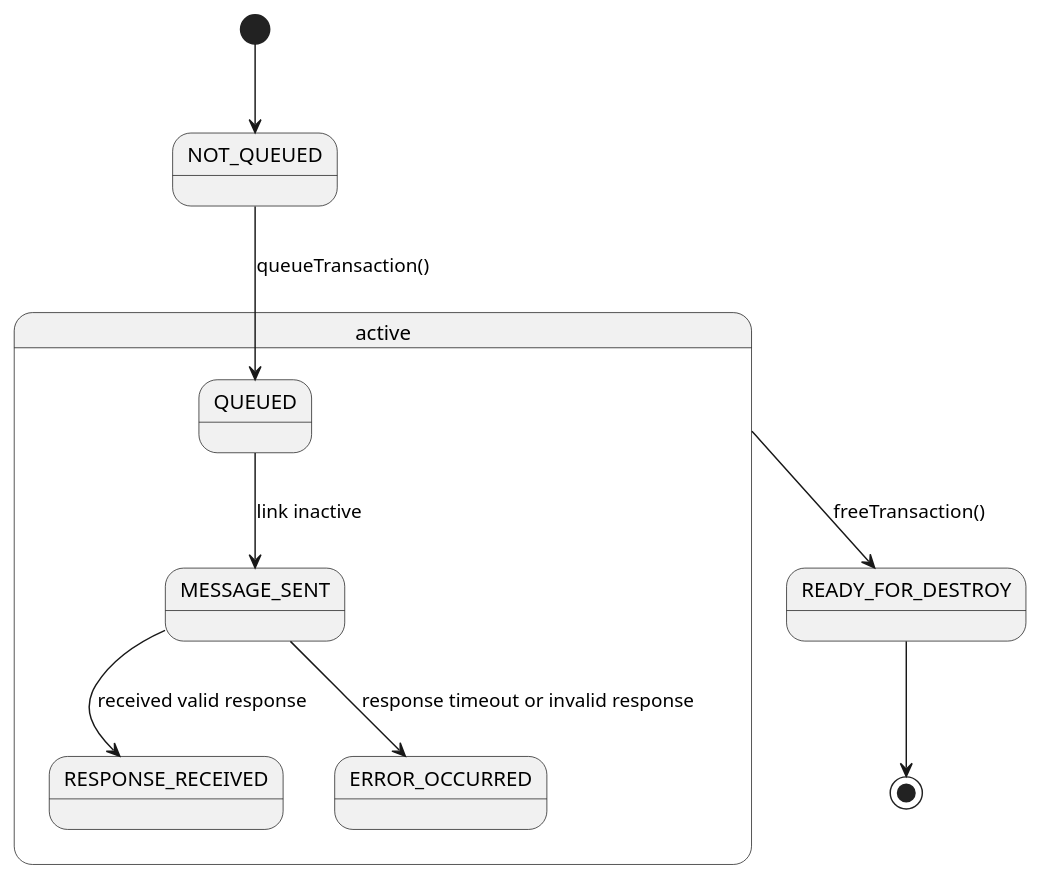
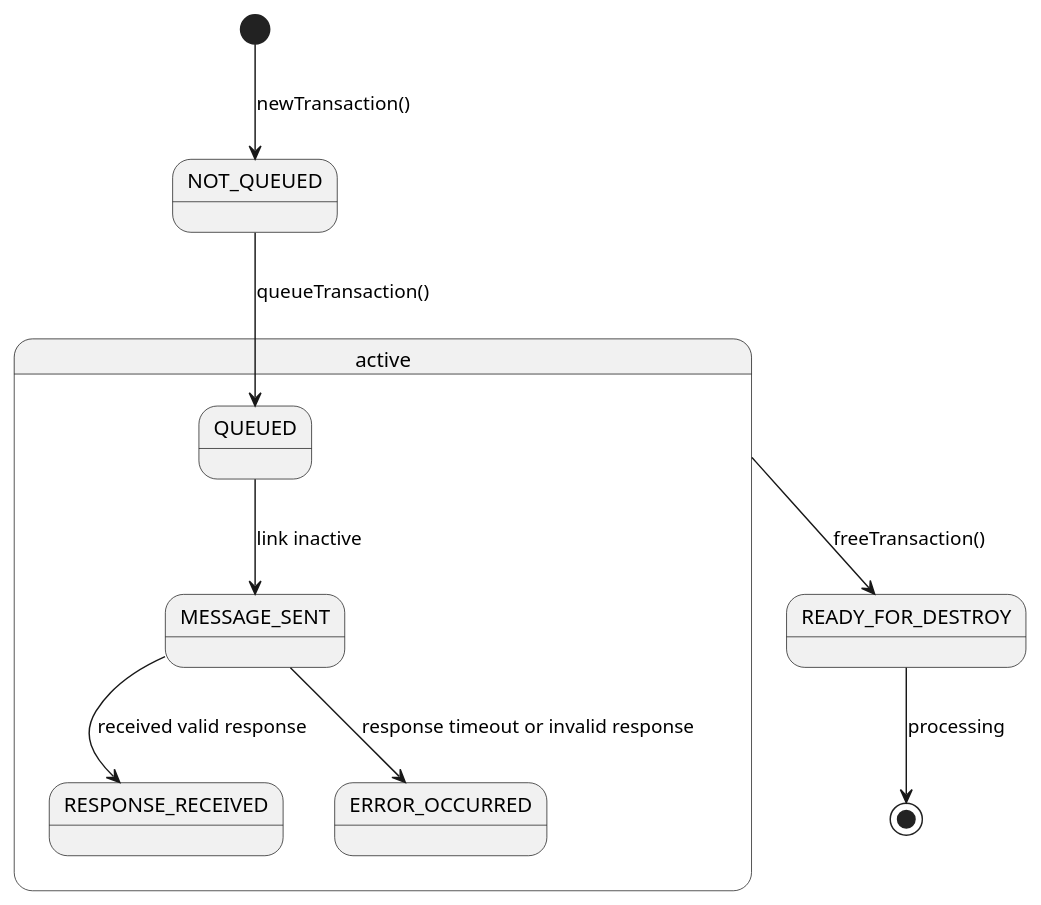
The diagram in misc/modbusFacility/Modbus_link_state.puml (letscontrolit/ESPEasy), drawn with PlantUML before and after one commit. The commit also changed 11 other files, not shown here.

```diff
--- a/misc/modbusFacility/Modbus_link_state.puml
+++ b/misc/modbusFacility/Modbus_link_state.puml
@@ -1,11 +1,11 @@
 @startuml
-[*] --> NOT_QUEUED
+[*] --> NOT_QUEUED : newTransaction()
 state active {
 NOT_QUEUED --> QUEUED : queueTransaction()
 QUEUED --> MESSAGE_SENT : link inactive
 MESSAGE_SENT --> RESPONSE_RECEIVED : received valid response
 MESSAGE_SENT --> ERROR_OCCURRED : response timeout or invalid response
 }
 active -down-> READY_FOR_DESTROY : freeTransaction()
-READY_FOR_DESTROY --> [*]
+READY_FOR_DESTROY --> [*] : processing
 @enduml
```
